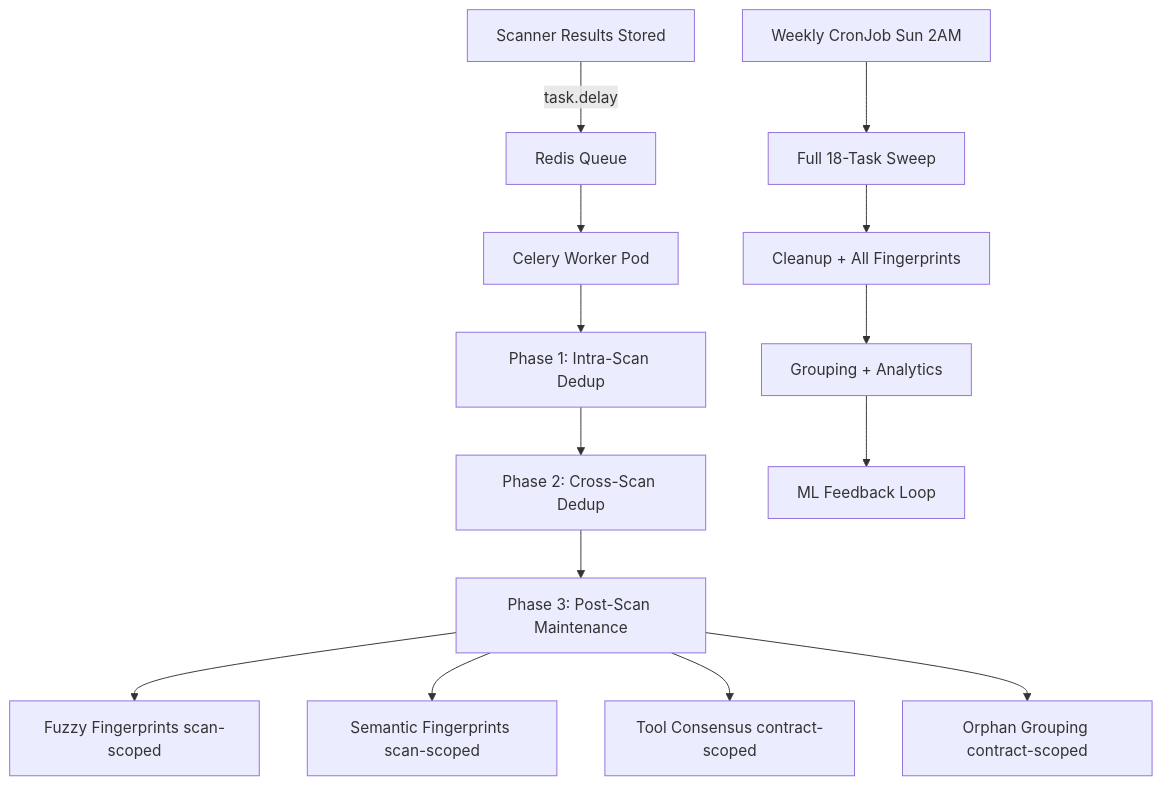
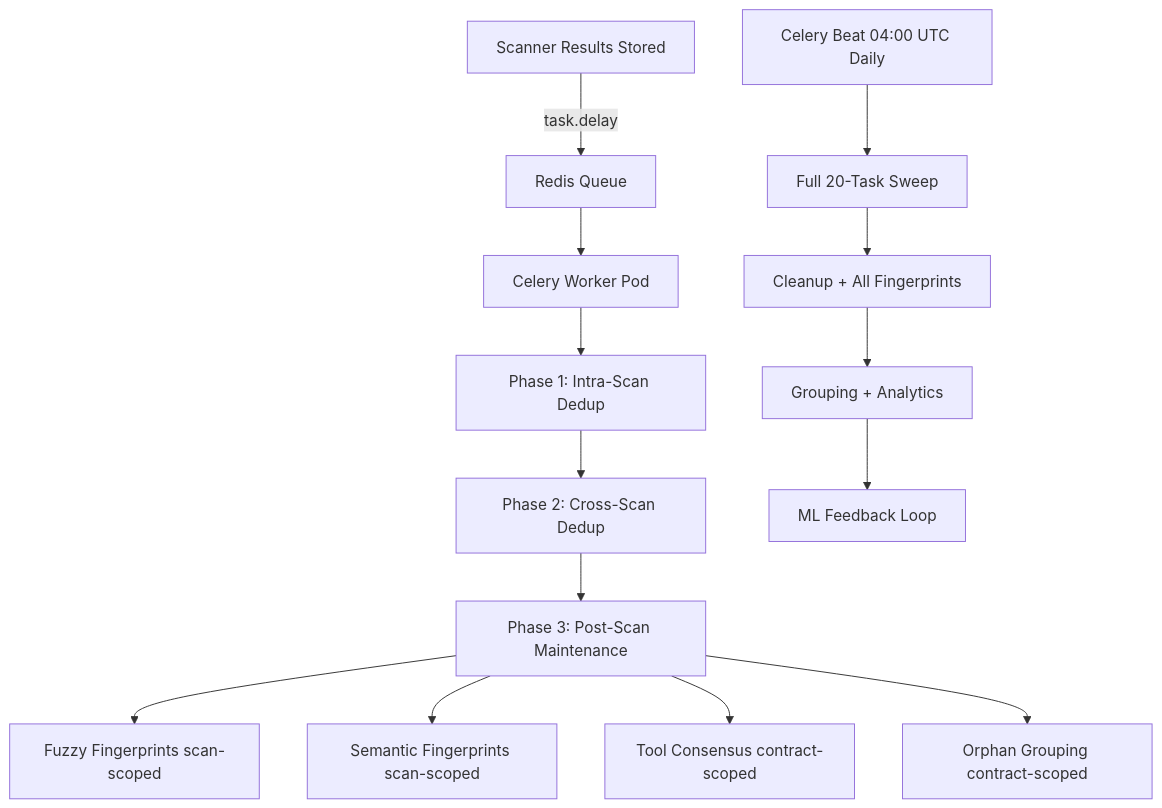
One commit to AdvancedBlockchainSecurity/docs changed the diagram in playbooks/deduplication-maintenance.md. Above: the diagram before and after it, drawn with Mermaid. The commit also changed other lines of this file and 4 other files, not shown here.

First line of the commit message:
docs: add scanning system audit, update CronJob references to Celery Beat

````diff
--- a/playbooks/deduplication-maintenance.md
+++ b/playbooks/deduplication-maintenance.md
@@ -30,17 +30,17 @@
 ```mermaid
 flowchart TD
     A[Scanner Results Stored] -->|task.delay| B[Redis Queue]
     B --> C[Celery Worker Pod]
     C --> D[Phase 1: Intra-Scan Dedup]
     D --> E[Phase 2: Cross-Scan Dedup]
     E --> F[Phase 3: Post-Scan Maintenance]
     F --> F1[Fuzzy Fingerprints scan-scoped]
     F --> F2[Semantic Fingerprints scan-scoped]
     F --> F3[Tool Consensus contract-scoped]
     F --> F4[Orphan Grouping contract-scoped]
 
-    G[Weekly CronJob Sun 2AM] --> H[Full 18-Task Sweep]
+    G[Celery Beat 04:00 UTC Daily] --> H[Full 20-Task Sweep]
     H --> I[Cleanup + All Fingerprints]
     I --> J[Grouping + Analytics]
     J --> K[ML Feedback Loop]
 ```
````
